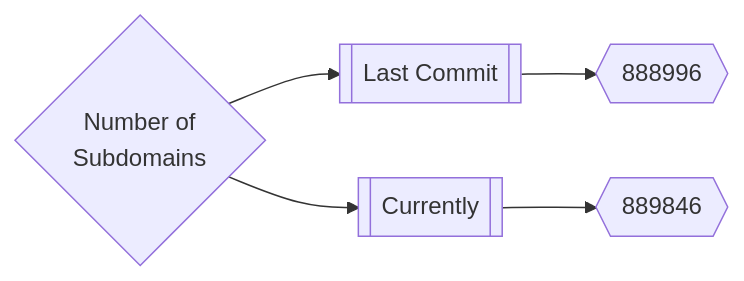
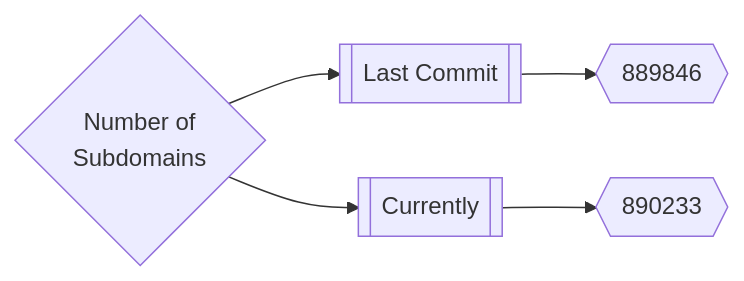
The first of 3 diagrams in README.md (trickest/inventory), drawn with Mermaid before and after one commit. The commit also changed other lines of this file, not shown here.

Commit message:
Update README.md Sun Jun 19 21:59:49 UTC 2022

````diff
--- a/README.md
+++ b/README.md
@@ -165,5 +165,5 @@
 ```mermaid
 graph LR
-title{Number of<br>Subdomains} --> subdomainsDate1[[Last Commit]] --> subdomainsNum1{{888996}}
-title --> subdomainsDate2[[Currently]] --> subdomainsNum2{{889846}}
+title{Number of<br>Subdomains} --> subdomainsDate1[[Last Commit]] --> subdomainsNum1{{889846}}
+title --> subdomainsDate2[[Currently]] --> subdomainsNum2{{890233}}
 ```
````
